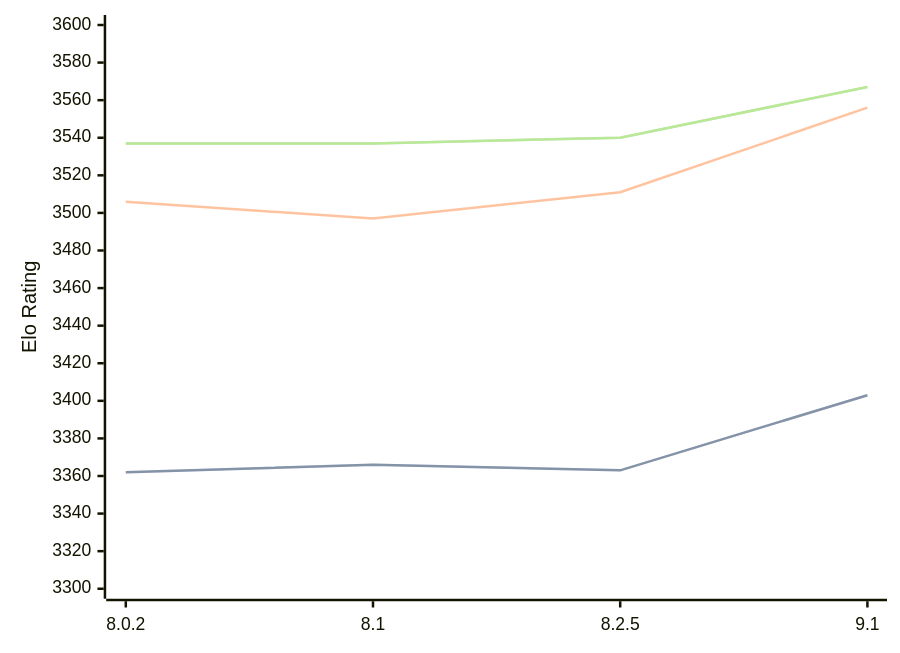
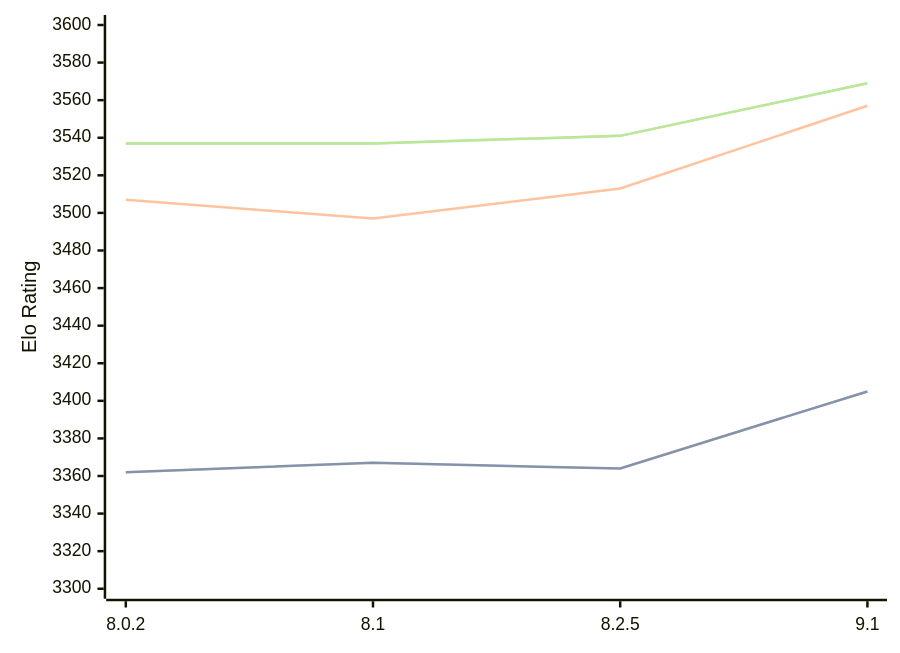
Before and after one commit to computer-chess-index/cci: the diagram in engines/Clover.md, drawn with Mermaid. The commit also changed other lines of this file, not shown here.

Commit message:
Update CCI Ratings (ELO VLTC) - 2026-04-03

````diff
--- a/engines/Clover.md
+++ b/engines/Clover.md
@@ -64,11 +64,11 @@
 ```mermaid
 %%{init: {"theme":"base","themeVariables":{"seriesColors:['#a3a3a3','#222221','#faa371']}}}%%
 xychart-beta
   x-axis ["8.0.2", "8.1", "8.2.5", "9.1"]
   y-axis "Elo Rating" 3300 --> 3600
-  line "STC (8.0+0.08s)" [3362, 3366, 3363, 3403]
-  line "STC (8.0+0.08s)" [3362, 3366, 3363, 3403]
-  line "LTC (60.0+0.60s)" [3506, 3497, 3511, 3556]
-  line "VLTC (2m24s+1.12s)" [3537, 3537, 3540, 3567]
-  line "VLTC (2m24s+1.12s)" [3537, 3537, 3540, 3567]
+  line "STC (8.0+0.08s)" [3362, 3367, 3364, 3405]
+  line "STC (8.0+0.08s)" [3362, 3367, 3364, 3405]
+  line "LTC (60.0+0.60s)" [3507, 3497, 3513, 3557]
+  line "VLTC (2m24s+1.12s)" [3537, 3537, 3541, 3569]
+  line "VLTC (2m24s+1.12s)" [3537, 3537, 3541, 3569]
 ```
````
